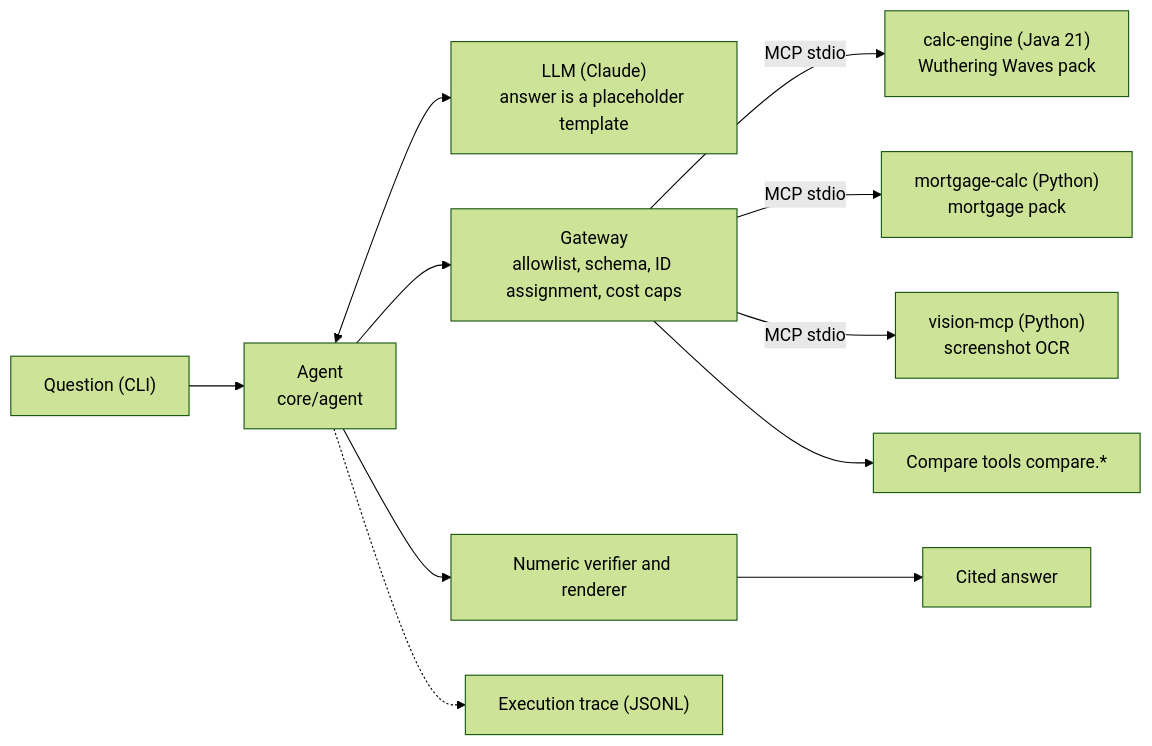
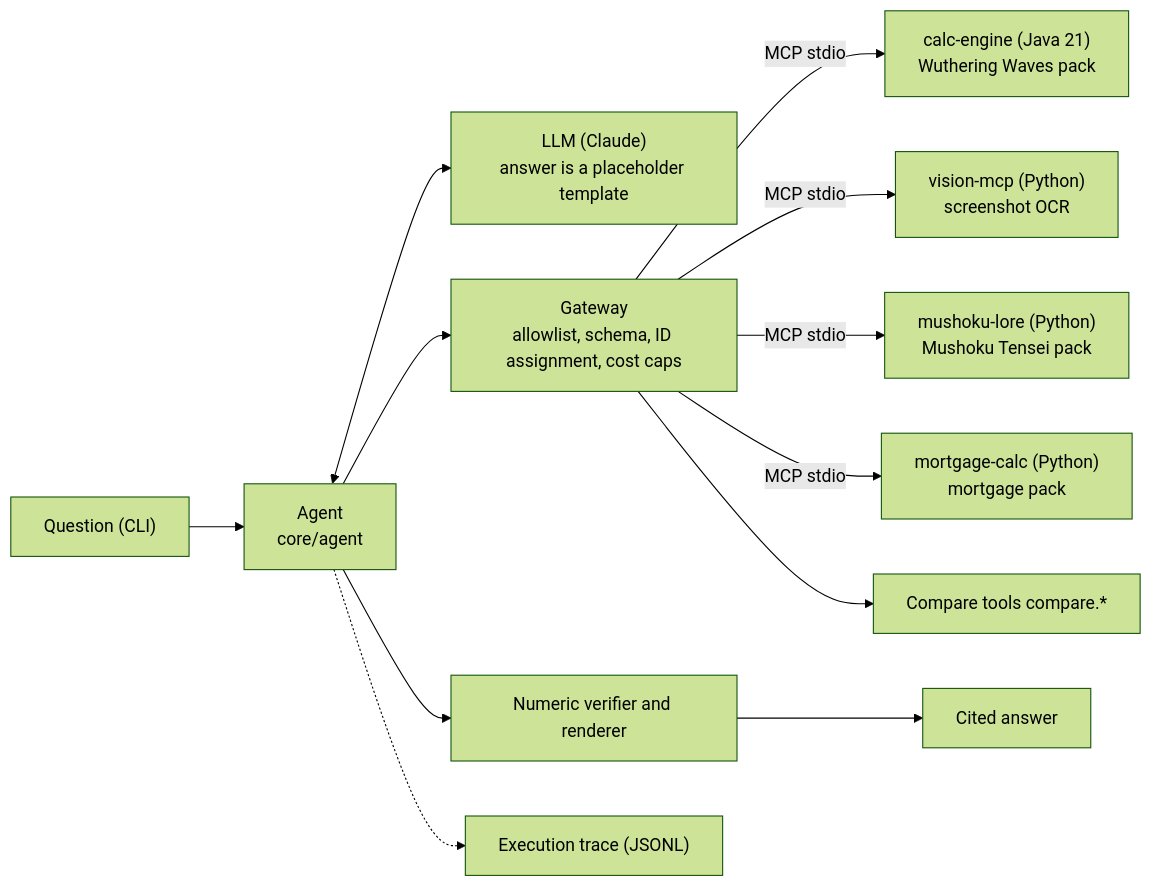
The diagram in README.en.md (hexinlong9981/echolab), drawn with Mermaid (forest theme) before and after one commit. The commit also changed other lines of this file and 22 other files, not shown here.

````diff
--- a/README.en.md
+++ b/README.en.md
@@ -44,13 +44,14 @@
 ```mermaid
 flowchart LR
   Q["Question (CLI)"] --> A["Agent<br/>core/agent"]
   A <--> L["LLM (Claude)<br/>answer is a placeholder template"]
   A --> G["Gateway<br/>allowlist, schema, ID assignment, cost caps"]
   G -->|MCP stdio| J["calc-engine (Java 21)<br/>Wuthering Waves pack"]
+  G -->|MCP stdio| O["vision-mcp (Python)<br/>screenshot OCR"]
+  G -->|MCP stdio| N["mushoku-lore (Python)<br/>Mushoku Tensei pack"]
   G -->|MCP stdio| M["mortgage-calc (Python)<br/>mortgage pack"]
-  G -->|MCP stdio| O["vision-mcp (Python)<br/>screenshot OCR"]
   G --> K["Compare tools compare.*"]
   A --> V["Numeric verifier and renderer"]
   V --> R["Cited answer"]
   A -.-> T["Execution trace (JSONL)"]
 ```
````
